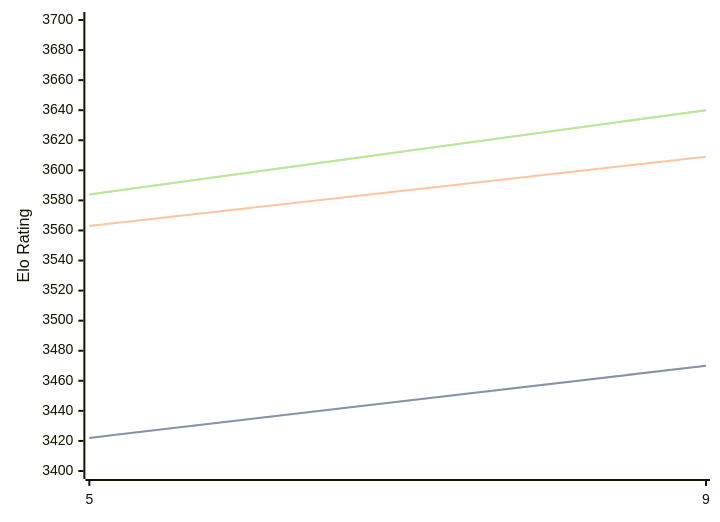
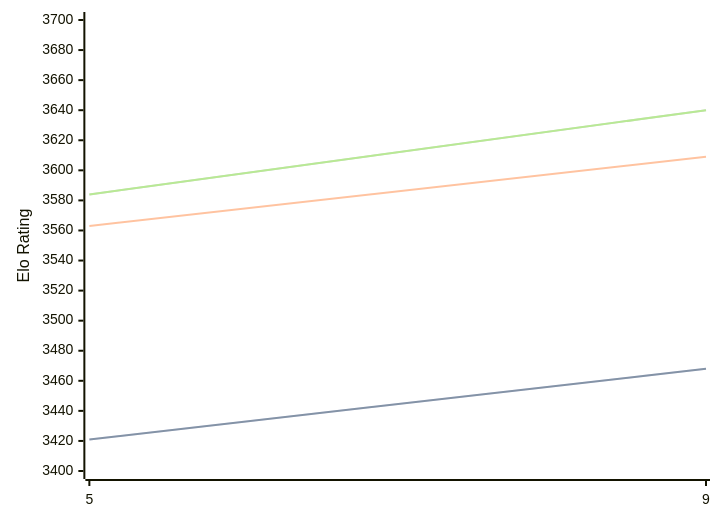
One commit to computer-chess-index/cci changed the diagram in engines/Crystal.md. Above: the diagram before and after it, drawn with Mermaid. The commit also changed other lines of this file, not shown here.

````diff
--- a/engines/Crystal.md
+++ b/engines/Crystal.md
@@ -58,11 +58,11 @@
 ```mermaid
 %%{init: {"theme":"base","themeVariables":{"seriesColors:['#a3a3a3','#222221','#faa371']}}}%%
 xychart-beta
   x-axis ["5", "9"]
   y-axis "Elo Rating" 3400 --> 3700
-  line "STC (8.0+0.08s)" [3422, 3470]
-  line "STC (8.0+0.08s)" [3422, 3470]
+  line "STC (8.0+0.08s)" [3421, 3468]
+  line "STC (8.0+0.08s)" [3421, 3468]
   line "LTC (60.0+0.60s)" [3563, 3609]
   line "VLTC (2m24s+1.12s)" [3584, 3640]
   line "VLTC (2m24s+1.12s)" [3584, 3640]
 ```
````
